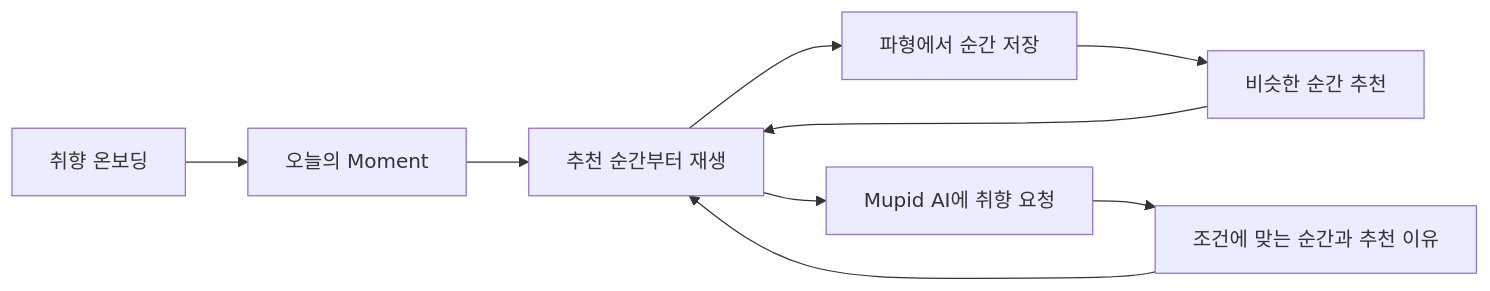
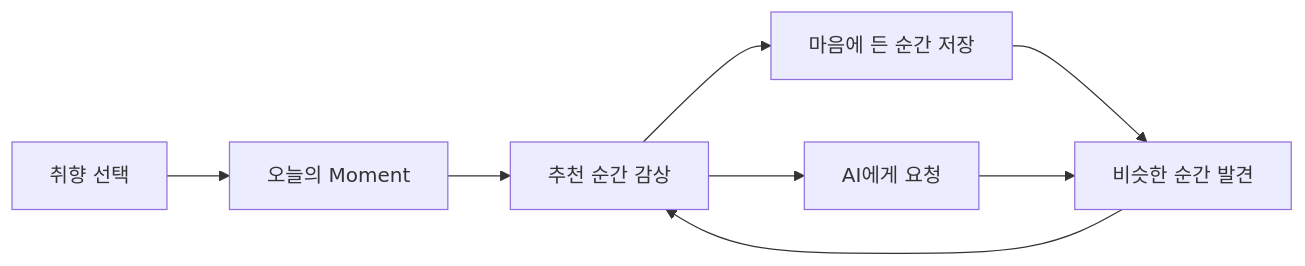
One commit to osundosun/mupid changed the first of 3 diagrams in README.md. Above: the diagram before and after it, drawn with Mermaid. The commit also changed other lines of this file, not shown here.

````diff
--- a/README.md
+++ b/README.md
@@ -74,11 +92,10 @@
 ```mermaid
 flowchart LR
-    A[취향 온보딩] --> B[오늘의 Moment]
-    B --> C[추천 순간부터 재생]
-    C --> D[파형에서 순간 저장]
-    D --> E[비슷한 순간 추천]
+    A[취향 선택] --> B[오늘의 Moment]
+    B --> C[추천 순간 감상]
+    C --> D[마음에 든 순간 저장]
+    D --> E[비슷한 순간 발견]
     E --> C
-    C --> F[Mupid AI에 취향 요청]
-    F --> G[조건에 맞는 순간과 추천 이유]
-    G --> C
+    C --> F[AI에게 요청]
+    F --> E
 ```
````
